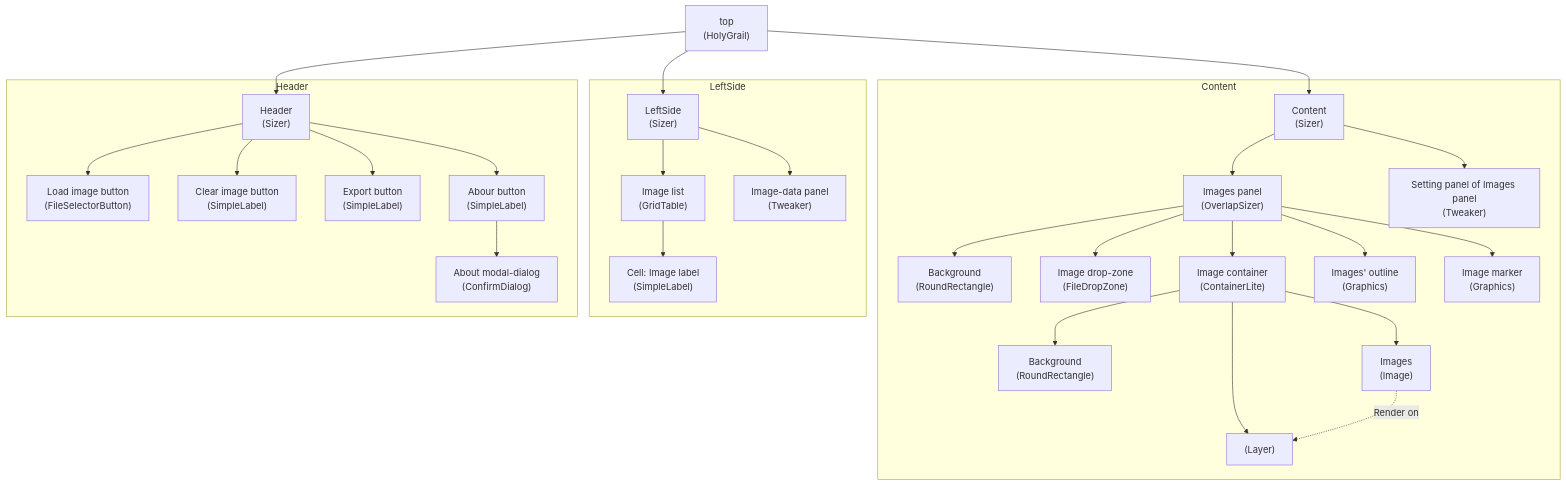
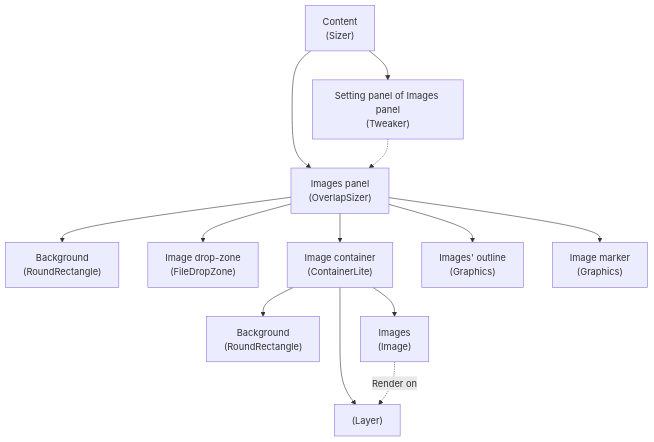
The fourth of 4 diagrams in projects/atlas-packer/readme.md (rexrainbow/phaser3-rex-playground), drawn with Mermaid before and after one commit. The commit also changed other lines of this file, not shown here.

Commit message:
Split diagram

````diff
--- a/projects/atlas-packer/readme.md
+++ b/projects/atlas-packer/readme.md
@@ -15,40 +50,19 @@
 ```mermaid
 graph TD
 
-Top["top<br>(HolyGrail)"]
-Top --> LeftSidePanel["LeftSide<br>(Sizer)"]
-Top --> HeaderPanel["Header<br>(Sizer)"]
-Top --> ContentPanel["Content<br>(Sizer)"]
+ContentPanel["Content<br>(Sizer)"]
+ContentPanel --> ImagesPanel["Images panel<br>(OverlapSizer)"]
+ImagesPanel --> ImagesPanelBackground["Background<br>(RoundRectangle)"]
+ImagesPanel --> ImageDropZone["Image drop-zone<br>(FileDropZone)"]
+ImagesPanel --> ImageContainer["Image container<br>(ContainerLite)"]
+ImagesPanel --> ImagesOutline["Images' outline<br>(Graphics)"]
+ImagesPanel --> ImageMarker["Image marker<br>(Graphics)"]
 
-subgraph Content
-  ContentPanel --> ImagesPanel["Images panel<br>(OverlapSizer)"]
-  ImagesPanel --> ImagesPanelBackground["Background<br>(RoundRectangle)"]
-  ImagesPanel --> ImageDropZone["Image drop-zone<br>(FileDropZone)"]
-  ImagesPanel --> ImageContainer["Image container<br>(ContainerLite)"]
-  ImagesPanel --> ImagesOutline["Images' outline<br>(Graphics)"]
-  ImagesPanel --> ImageMarker["Image marker<br>(Graphics)"]
+ImageContainer --> ImageContainerBackground["Background<br>(RoundRectangle)"]
+ImageContainer --> Layer
+ImageContainer --> Images["Images<br>(Image)"]
+Images -.-> |Render on| Layer["(Layer)"]
 
-  ImageContainer --> ImageContainerBackground["Background<br>(RoundRectangle)"]
-  ImageContainer --> Layer
-  ImageContainer --> Images["Images<br>(Image)"]
-  Images -.-> |Render on| Layer["(Layer)"]
-
-  ContentPanel --> ImagesPanelSettingPanel["Setting panel of Images panel<br>(Tweaker)"]  
-end
-
-subgraph LeftSide
-  LeftSidePanel --> ImageList["Image list<br>(GridTable)"]
-  ImageList --> ImageLabel["Cell: Image label<br>(SimpleLabel)"]
-  LeftSidePanel --> ImageDataPanel["Image-data panel<br>(Tweaker)"]
-end
-
-subgraph Header
-  HeaderPanel --> LoadImageFilesButton["Load image button<br>(FileSelectorButton)"]
-  HeaderPanel --> ClearImagesButton["Clear image button<br>(SimpleLabel)"]
-  HeaderPanel --> ExportButton["Export button<br>(SimpleLabel)"]
-  HeaderPanel --> AboutButton["Abour button<br>(SimpleLabel)"]
-  AboutButton --> AboutModalDialog["About modal-dialog<br>(ConfirmDialog)"]
-end
-
-
+ContentPanel --> ImagesPanelSettingPanel["Setting panel of Images panel<br>(Tweaker)"] 
+ImagesPanelSettingPanel -.-> ImagesPanel
 ```
````
